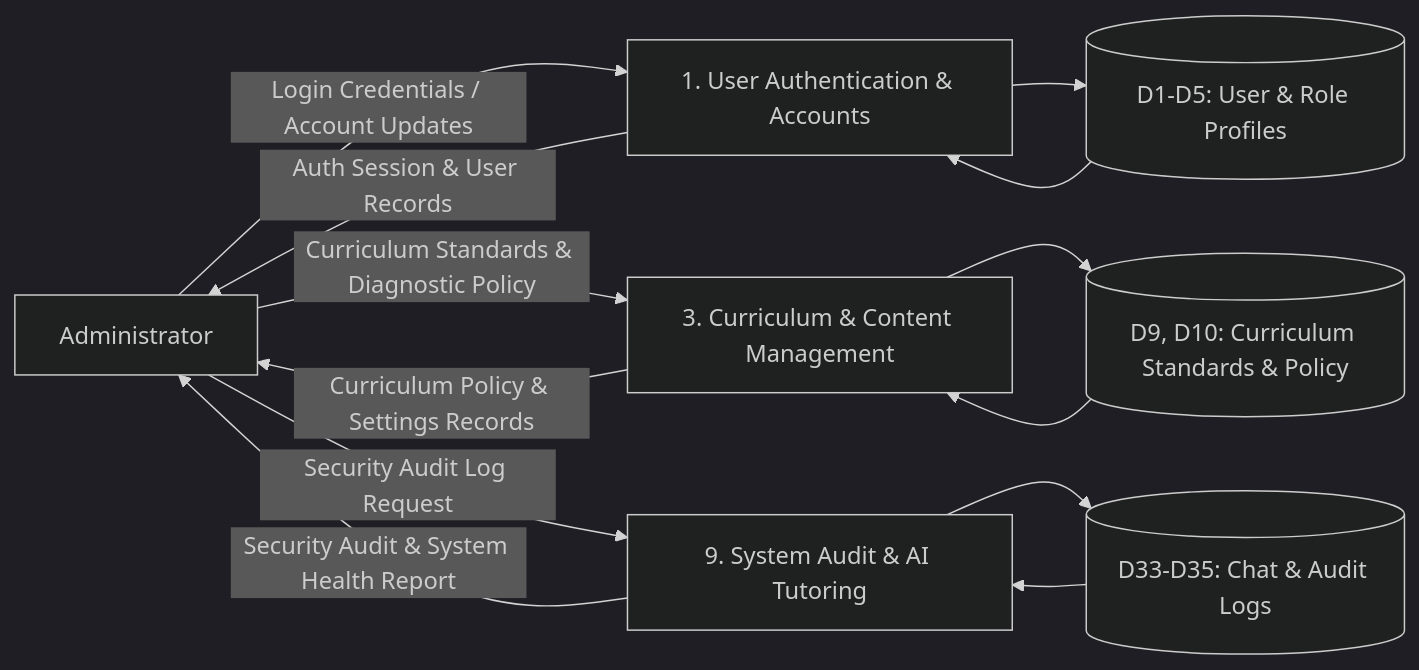
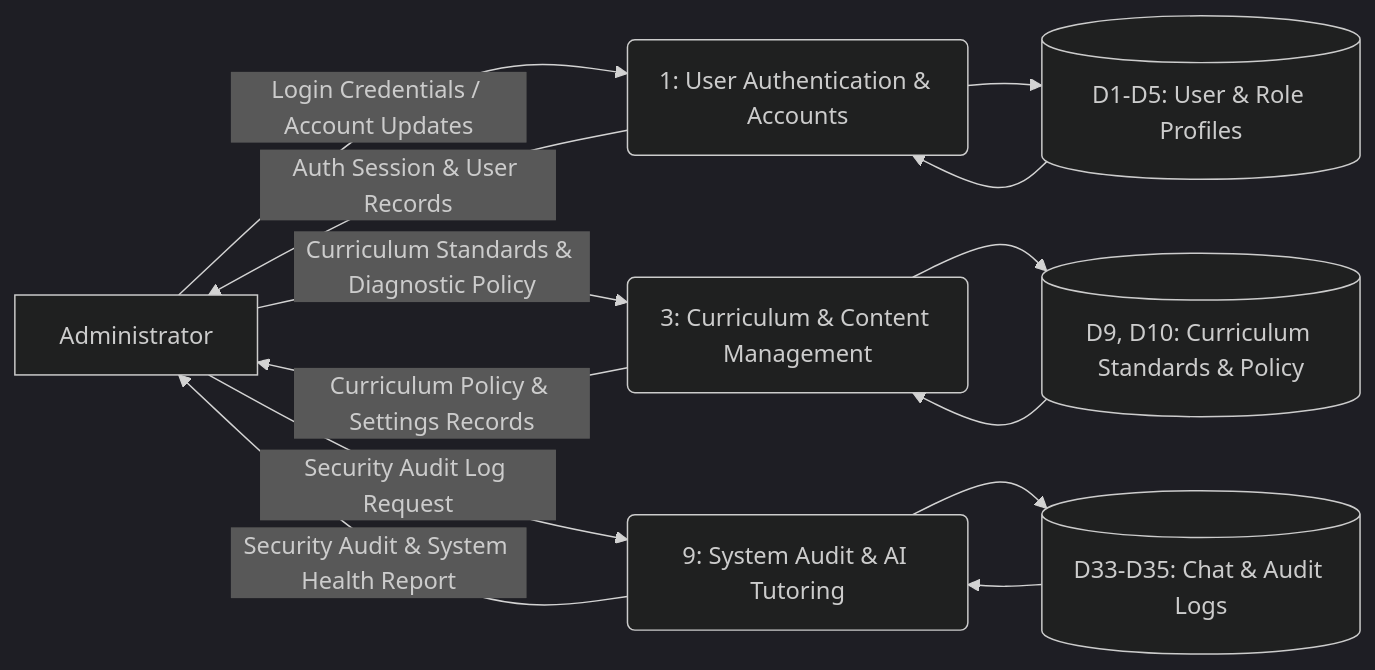
One commit to Deign86/MATHPULSE-AI changed the diagram in docs/DFD_LEVEL_1_ADMIN.md. Above: the diagram before and after it, drawn with Mermaid (dark theme). The commit also changed other lines of this file and 3 other files, not shown here.

````diff
--- a/docs/DFD_LEVEL_1_ADMIN.md
+++ b/docs/DFD_LEVEL_1_ADMIN.md
@@ -79,27 +86,27 @@
 ```mermaid
 graph LR
     Admin["Administrator"]
 
-    P1["1. User Authentication & Accounts"]
-    P3["3. Curriculum & Content Management"]
-    P9["9. System Audit & AI Tutoring"]
+    P1("1: User Authentication & Accounts")
+    P3("3: Curriculum & Content Management")
+    P9("9: System Audit & AI Tutoring")
 
     D_Auth[("D1-D5: User & Role Profiles")]
     D_Curr[("D9, D10: Curriculum Standards & Policy")]
     D_Logs[("D33-D35: Chat & Audit Logs")]
 
     Admin -->|Login Credentials / Account Updates| P1
     P1 -->|Auth Session & User Records| Admin
     P1 --> D_Auth
     D_Auth --> P1
 
     Admin -->|Curriculum Standards & Diagnostic Policy| P3
     P3 -->|Curriculum Policy & Settings Records| Admin
     P3 --> D_Curr
     D_Curr --> P3
 
     Admin -->|Security Audit Log Request| P9
     P9 -->|Security Audit & System Health Report| Admin
     P9 --> D_Logs
     D_Logs --> P9
 ```
````
